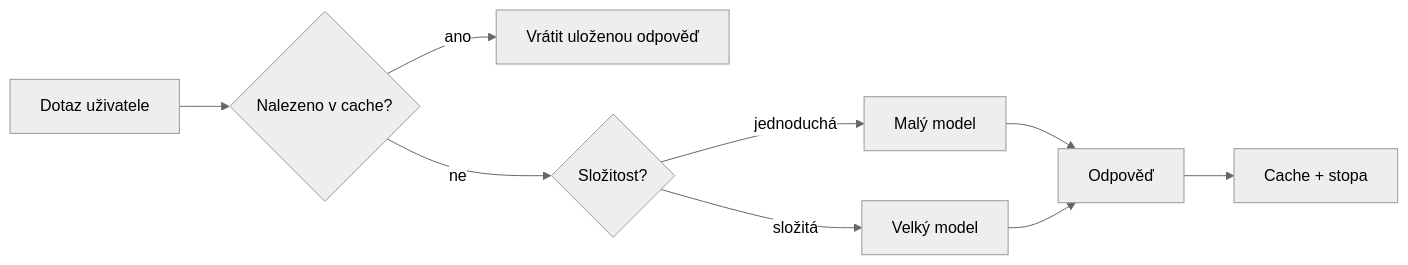
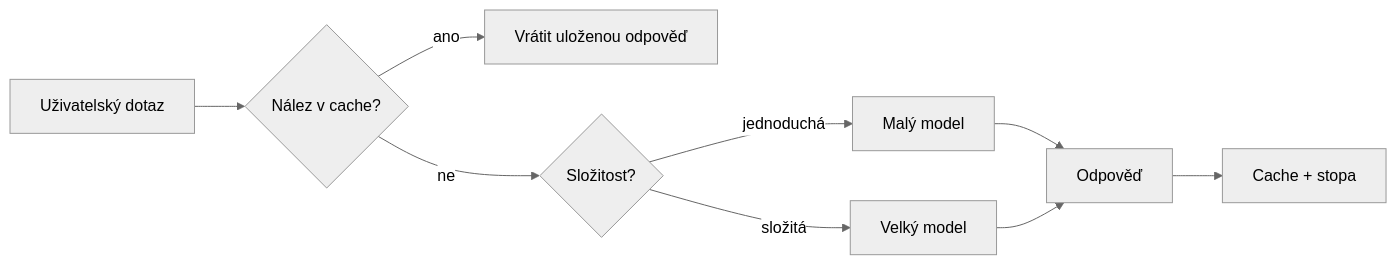
The third of 4 diagrams in mirrors/repos/microsoft@ai-agents-for-beginners/translations/cs/16-deploying-scalable-agents/README.md (gabrielmoreira/agent-skills-mirror), drawn with Mermaid (neutral theme) before and after one commit. The commit also changed other lines of this file and 4262 other files, not shown here.

````diff
--- a/mirrors/repos/microsoft@ai-agents-for-beginners/translations/cs/16-deploying-scalable-agents/README.md
+++ b/mirrors/repos/microsoft@ai-agents-for-beginners/translations/cs/16-deploying-scalable-agents/README.md
@@ -134,11 +134,11 @@
 ```mermaid
 flowchart LR
-    Q[Dotaz uživatele] --> C{Nalezeno v cache?}
+    Q[Uživatelský dotaz] --> C{Nález v cache?}
     C -->|ano| R[Vrátit uloženou odpověď]
     C -->|ne| Router{Složitost?}
     Router -->|jednoduchá| SLM[Malý model]
     Router -->|složitá| LLM[Velký model]
     SLM --> Out[Odpověď]
     LLM --> Out
     Out --> Store[Cache + stopa]
 ```
````
